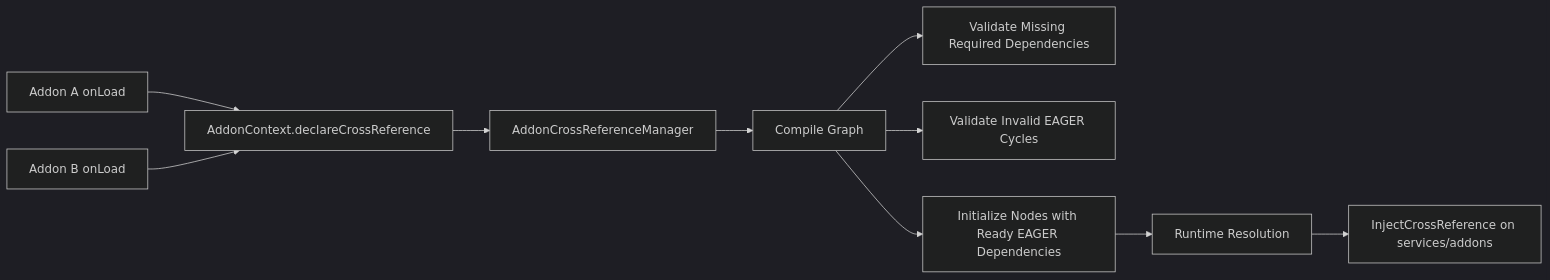
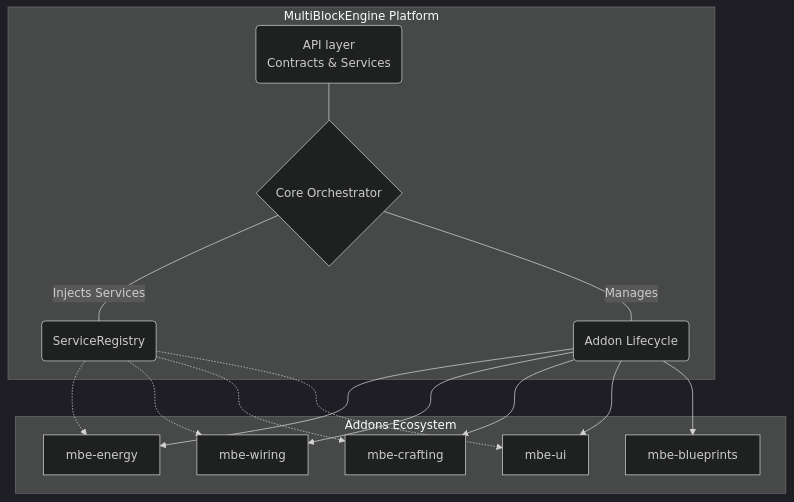
One commit to Parallax-Development/MultiBlockEngine changed the diagram in README.md. Above: the diagram before and after it, drawn with Mermaid (dark theme). The commit also changed other lines of this file, not shown here.

Commit message:
docs: overhaul README with architectural overview, feature highlights, and updated YAML configuration examples

````diff
--- a/README.md
+++ b/README.md
@@ -115,12 +56,21 @@
 ```mermaid
-flowchart LR
-    A[Addon A onLoad] --> C[AddonContext.declareCrossReference]
-    B[Addon B onLoad] --> C
-    C --> D[AddonCrossReferenceManager]
-    D --> E[Compile Graph]
-    E --> F[Validate Missing Required Dependencies]
-    E --> G[Validate Invalid EAGER Cycles]
-    E --> H[Initialize Nodes with Ready EAGER Dependencies]
-    H --> I[Runtime Resolution]
-    I --> J[InjectCrossReference on services/addons]
+graph TD
+    subgraph MultiBlockEngine Platform
+        A(API layer <br/> Contracts & Services) --- B{Core Orchestrator}
+        B --- |Injects Services| C(ServiceRegistry)
+        B --- |Manages| D(Addon Lifecycle)
+    end
+    
+    subgraph Addons Ecosystem
+        D --> E[mbe-energy]
+        D --> F[mbe-wiring]
+        D --> G[mbe-crafting]
+        D --> H[mbe-ui]
+        D --> I[mbe-blueprints]
+    end
+    
+    C -.-> E
+    C -.-> F
+    C -.-> G
+    C -.-> H
 ```
````
